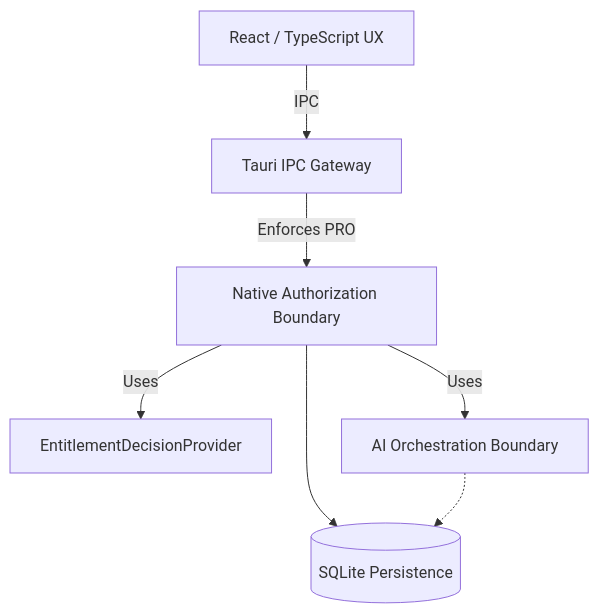
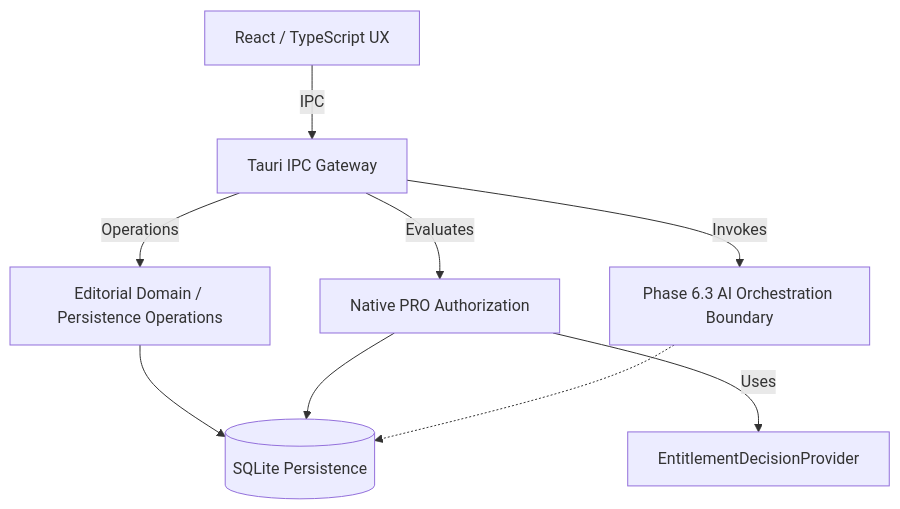
The first of 4 diagrams in docs/architecture/PHASE-6.4-SOFTWARE-DESIGN.md (jornalistainclusivo/retranca-os), drawn with Mermaid before and after one commit. The commit also changed other lines of this file, not shown here.

Commit message:
docs: finalize Phase 6.4 software design

````diff
--- a/docs/architecture/PHASE-6.4-SOFTWARE-DESIGN.md
+++ b/docs/architecture/PHASE-6.4-SOFTWARE-DESIGN.md
@@ -239,9 +242,15 @@
 ```mermaid
 flowchart TD
-    UI[React / TypeScript UX] -->|IPC| Tauri[Tauri IPC Gateway]
-    Tauri -->|Enforces PRO| Authz[Native Authorization Boundary]
+    UI[React / TypeScript UX] -->|IPC| TauriIPC[Tauri IPC Gateway]
+
+    TauriIPC -->|Operations| Domain[Editorial Domain / Persistence Operations]
+
+    TauriIPC -->|Evaluates| Authz[Native PRO Authorization]
     Authz -->|Uses| Entitlement[EntitlementDecisionProvider]
-    Authz -->|Uses| AI[AI Orchestration Boundary]
-    Authz --> DB[(SQLite Persistence)]
+
+    TauriIPC -->|Invokes| AI[Phase 6.3 AI Orchestration Boundary]
+
+    Domain --> DB[(SQLite Persistence)]
+    Authz --> DB
     AI -.-> DB
 ```
````
